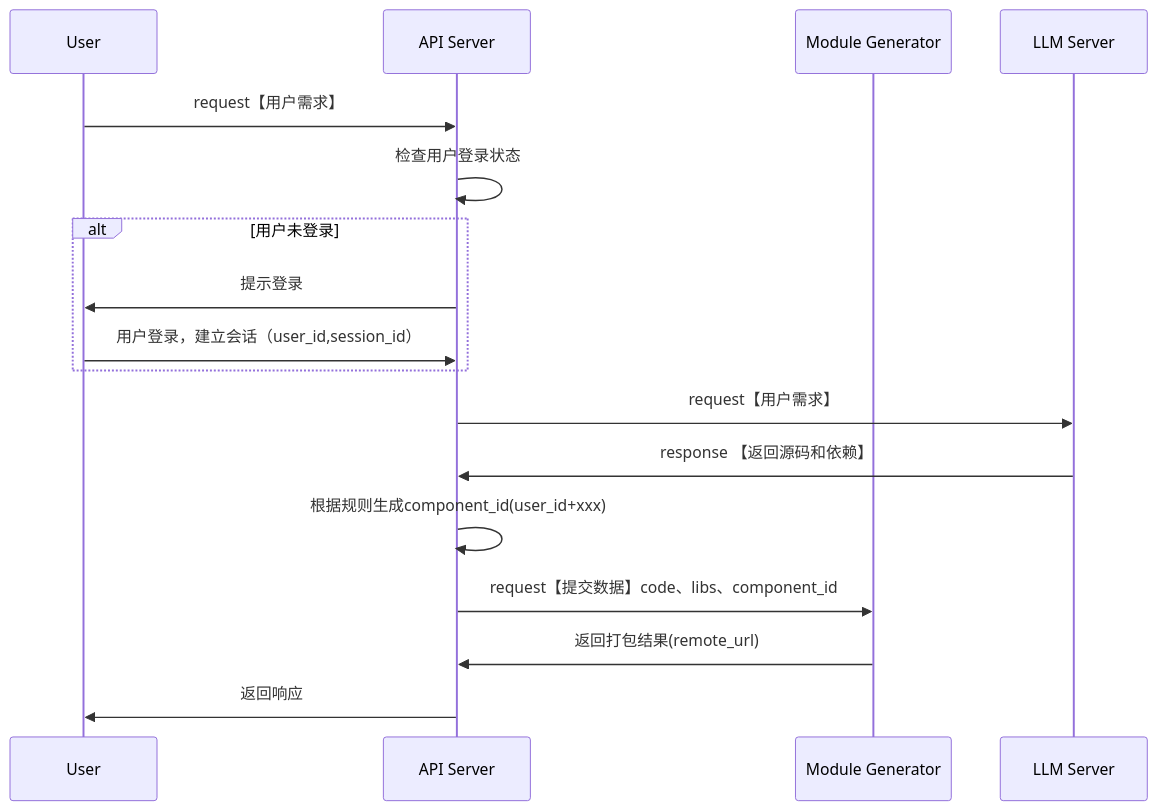
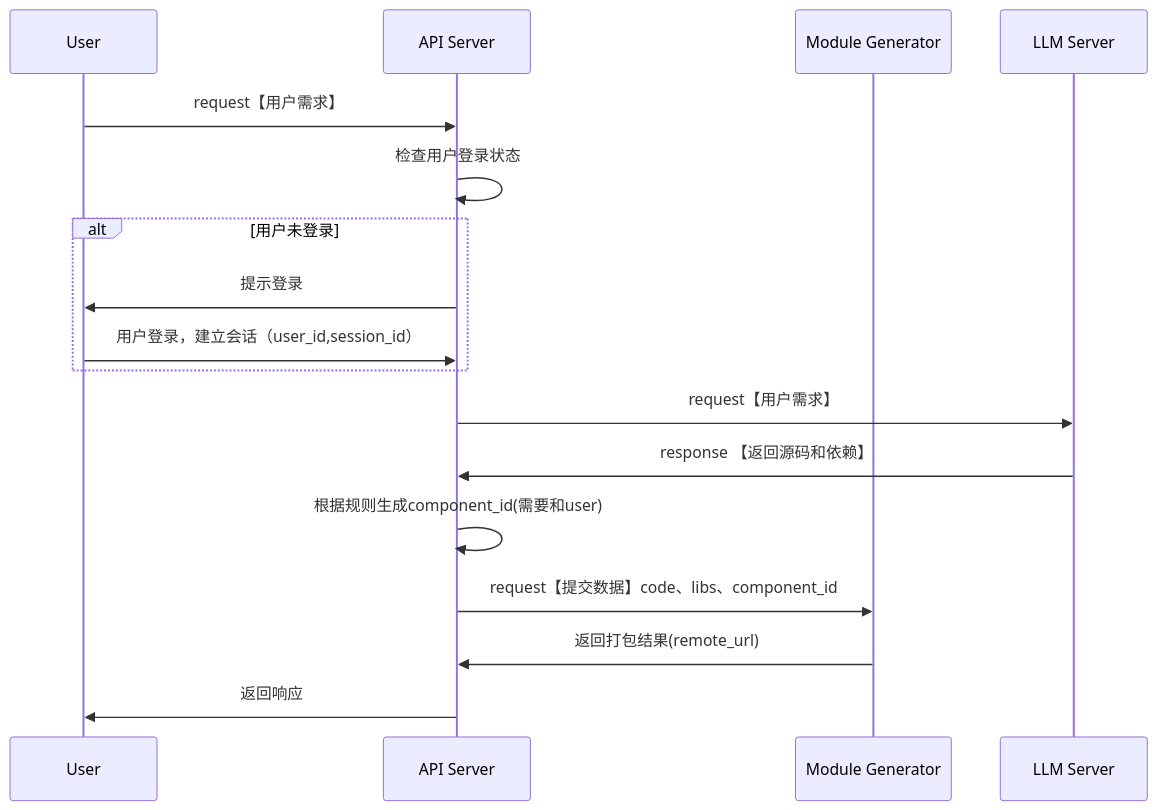
The diagram in all/未命名-7.md (yingjianzh/iodraw-files), drawn with Mermaid before and after one commit.

Commit message:
2024-10-08 16:02:36 update

````diff
--- a/all/未命名-7.md
+++ b/all/未命名-7.md
@@ -1,23 +1,23 @@
 ```mermaid
 sequenceDiagram
     participant User
     participant API Server
     participant Module Generator
     participant LLM Server
 
     User->>API Server: request【用户需求】
     API Server->>API Server: 检查用户登录状态
     alt 用户未登录
         API Server->>User: 提示登录
         User->>API Server: 用户登录，建立会话（user_id,session_id）
     end
 
     API Server->>LLM Server: request【用户需求】
     LLM Server->>API Server: response 【返回源码和依赖】
-    API Server->>API Server: 根据规则生成component_id(user_id+xxx)
+    API Server->>API Server: 根据规则生成component_id(需要和user)
     API Server->>Module Generator: request【提交数据】code、libs、component_id
     Module Generator->>API Server: 返回打包结果(remote_url)
 
     API Server->>User: 返回响应
 
 ```
````
